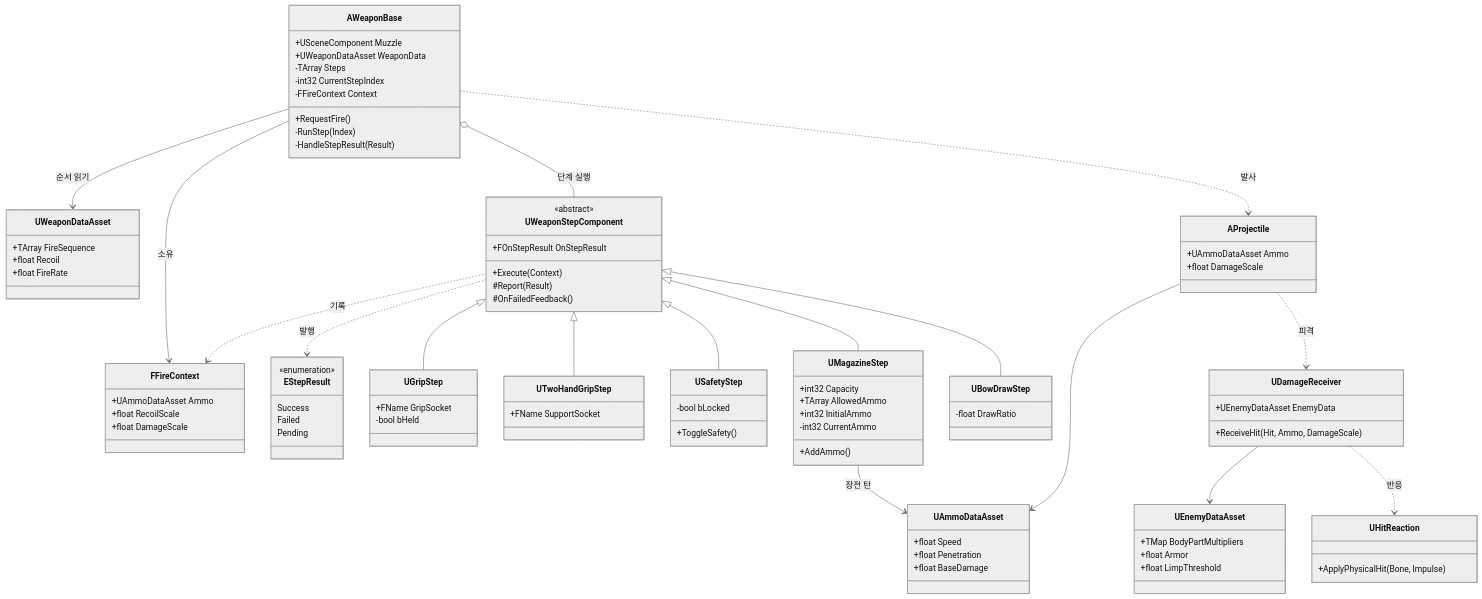
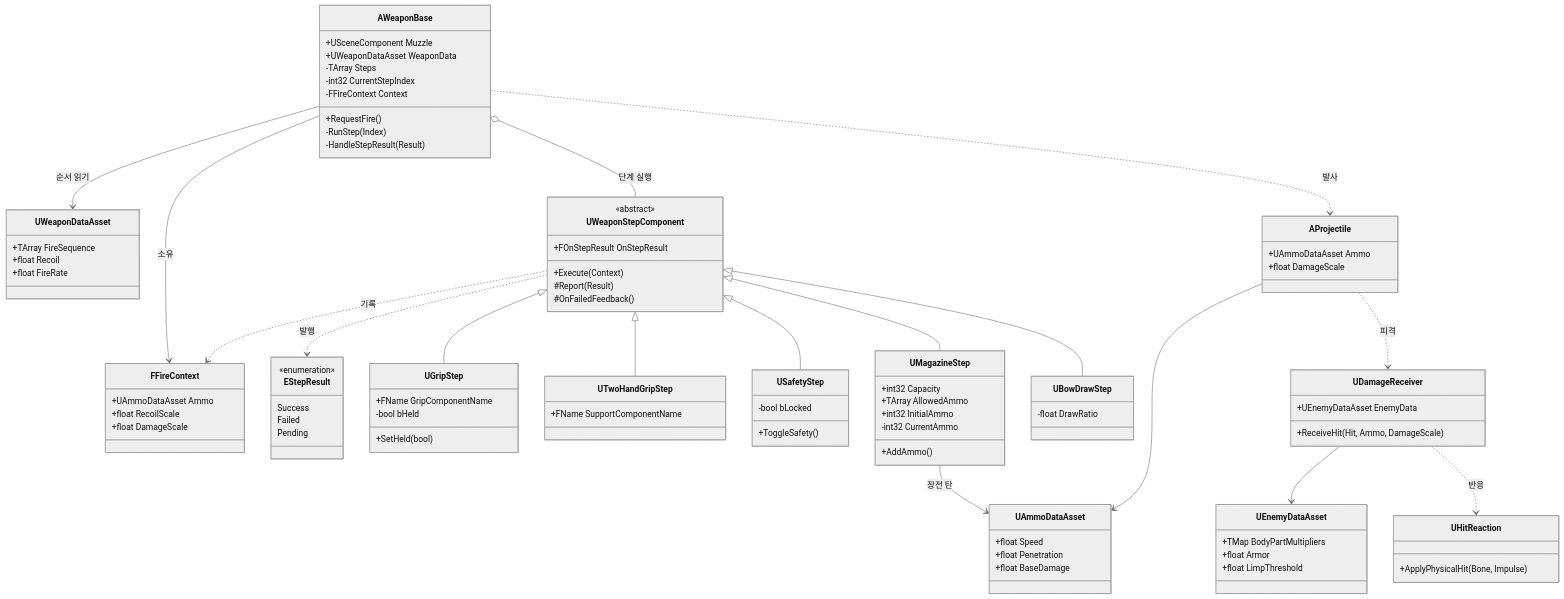
One commit to SeonghunChoi/FirstVR changed the diagram in Docs/PLAN.md. Above: the diagram before and after it, drawn with Mermaid (neutral theme). The commit also changed other lines of this file and 1 other file, not shown here.

```diff
--- a/Docs/PLAN.md
+++ b/Docs/PLAN.md
@@ -149,11 +149,12 @@
   #OnFailedFeedback()
 }
 class UGripStep {
-  +FName GripSocket
+  +FName GripComponentName
   -bool bHeld
+  +SetHeld(bool)
 }
 class UTwoHandGripStep {
-  +FName SupportSocket
+  +FName SupportComponentName
 }
 class USafetyStep {
   -bool bLocked
```
